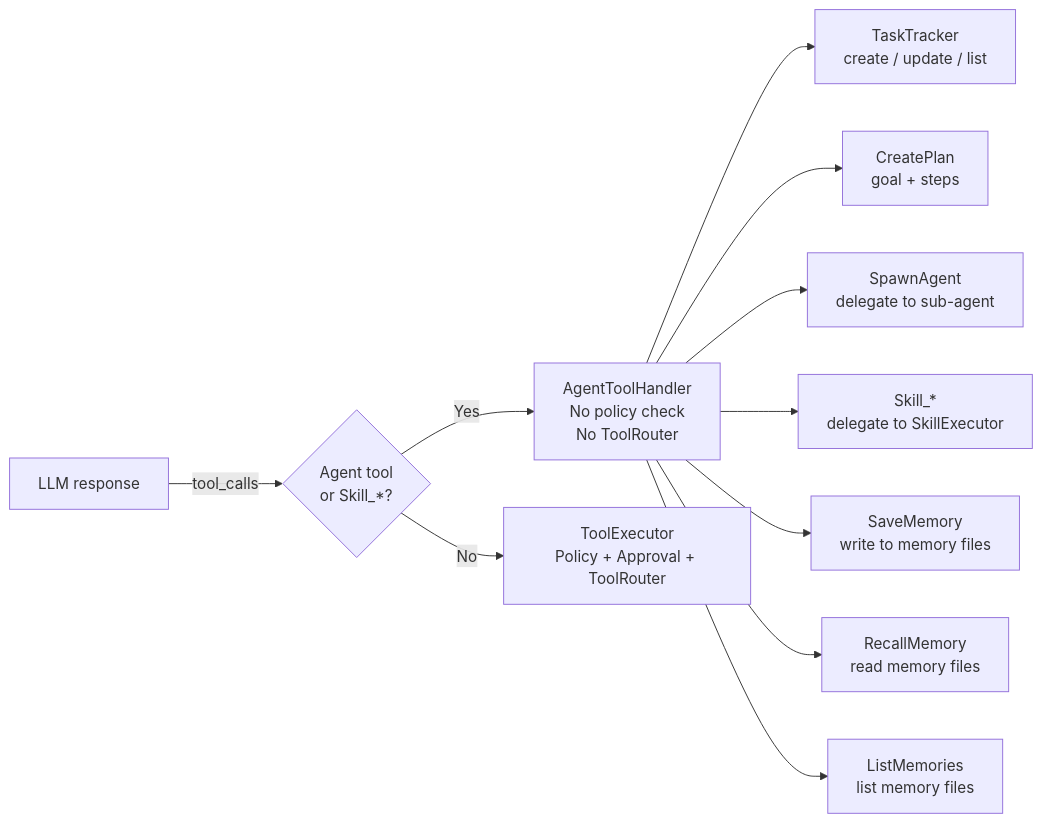
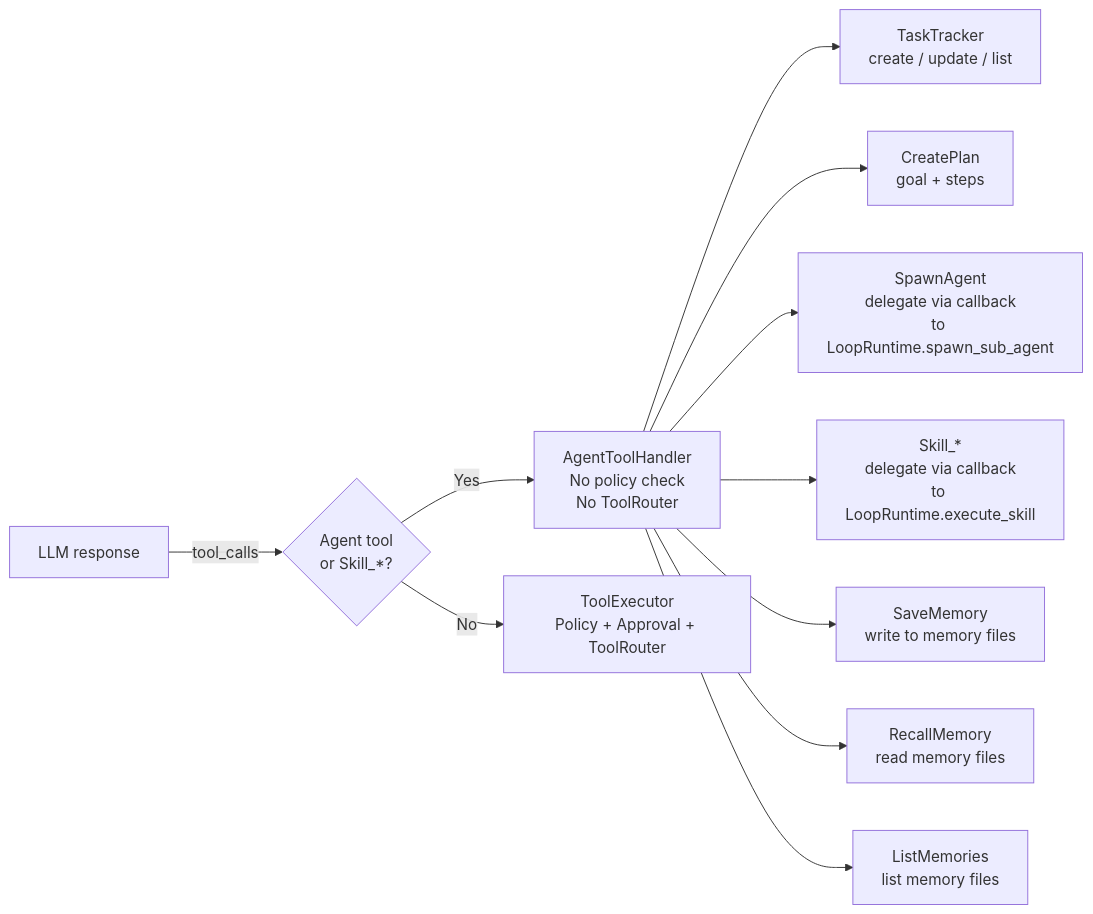
One commit to suman724/cowork-agent-runtime changed the tenth of 24 diagrams in docs/agent-loop-architecture.md. Above: the diagram before and after it, drawn with Mermaid. The commit also changed other lines of this file and 15 other files, not shown here.

First line of the commit message:
refactor(loop): decompose AgentLoop into LoopRuntime + LoopStrategy + ReactLoop (#33)

````diff
--- a/docs/agent-loop-architecture.md
+++ b/docs/agent-loop-architecture.md
@@ -600,14 +657,14 @@
 ```mermaid
 graph LR
     LLM[LLM response] -->|tool_calls| Route{Agent tool<br/>or Skill_*?}
     Route -->|Yes| ATH[AgentToolHandler<br/>No policy check<br/>No ToolRouter]
     Route -->|No| TE[ToolExecutor<br/>Policy + Approval + ToolRouter]
 
     ATH --> TT[TaskTracker<br/>create / update / list]
     ATH --> CP[CreatePlan<br/>goal + steps]
-    ATH --> SA[SpawnAgent<br/>delegate to sub-agent]
-    ATH --> SK[Skill_*<br/>delegate to SkillExecutor]
+    ATH --> SA[SpawnAgent<br/>delegate via callback<br/>to LoopRuntime.spawn_sub_agent]
+    ATH --> SK[Skill_*<br/>delegate via callback<br/>to LoopRuntime.execute_skill]
     ATH --> SM2[SaveMemory<br/>write to memory files]
     ATH --> RM[RecallMemory<br/>read memory files]
     ATH --> LM[ListMemories<br/>list memory files]
 ```
````
